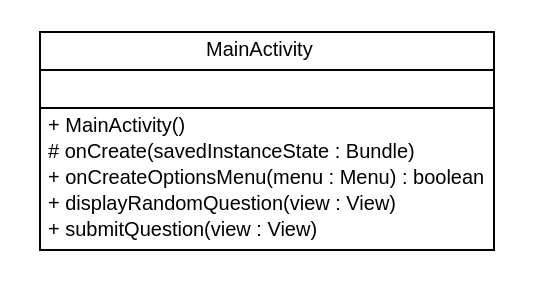
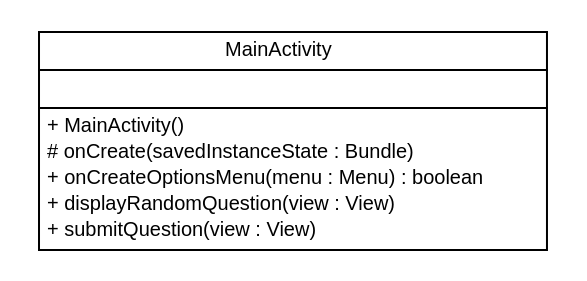
One commit to SidneyBovet/sweng-2013-quizapp changed the diagram in SwEng2013QuizApp/reports/epfl/sweng/entry/epfl.sweng.entry.dot. Above: the diagram before and after it, drawn with Graphviz. The commit also changed 146 other files, not shown here.

Commit message:
ant reports rerun to create the .png for UML

```diff
--- a/SwEng2013QuizApp/reports/epfl/sweng/entry/epfl.sweng.entry.dot
+++ b/SwEng2013QuizApp/reports/epfl/sweng/entry/epfl.sweng.entry.dot
@@ -1,28 +1,28 @@
 #!/usr/local/bin/dot
 #
 # Class diagram 
 # Generated by UMLGraph version R5_6_6-1-g9240c4 (http://www.umlgraph.org/)
 #
 
 digraph G {
-	edge [fontname="arial",fontsize=10,labelfontname="arial",labelfontsize=10];
-	node [fontname="arial",fontsize=10,shape=plaintext];
+	edge [fontname="Helvetica",fontsize=10,labelfontname="Helvetica",labelfontsize=10];
+	node [fontname="Helvetica",fontsize=10,shape=plaintext];
 	nodesep=0.25;
 	ranksep=0.5;
 	// epfl.sweng.entry.MainActivity
-	c25 [label=<<table title="epfl.sweng.entry.MainActivity" border="0" cellborder="1" cellspacing="0" cellpadding="2" port="p" href="./MainActivity.html">
+	c52 [label=<<table title="epfl.sweng.entry.MainActivity" border="0" cellborder="1" cellspacing="0" cellpadding="2" port="p" href="./MainActivity.html">
 		<tr><td><table border="0" cellspacing="0" cellpadding="1">
 <tr><td align="center" balign="center"> MainActivity </td></tr>
 		</table></td></tr>
 		<tr><td><table border="0" cellspacing="0" cellpadding="1">
 <tr><td align="left" balign="left">  </td></tr>
 		</table></td></tr>
 		<tr><td><table border="0" cellspacing="0" cellpadding="1">
 <tr><td align="left" balign="left"> + MainActivity() </td></tr>
 <tr><td align="left" balign="left"> # onCreate(savedInstanceState : Bundle) </td></tr>
 <tr><td align="left" balign="left"> + onCreateOptionsMenu(menu : Menu) : boolean </td></tr>
 <tr><td align="left" balign="left"> + displayRandomQuestion(view : View) </td></tr>
 <tr><td align="left" balign="left"> + submitQuestion(view : View) </td></tr>
 		</table></td></tr>
-		</table>>, URL="./MainActivity.html", fontname="arial", fontcolor="black", fontsize=10.0];
+		</table>>, URL="./MainActivity.html", fontname="Helvetica", fontcolor="black", fontsize=10.0];
 }
```
